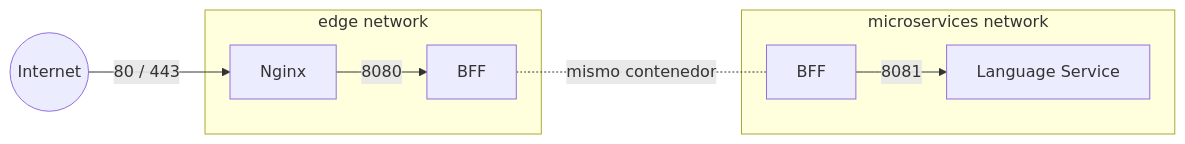
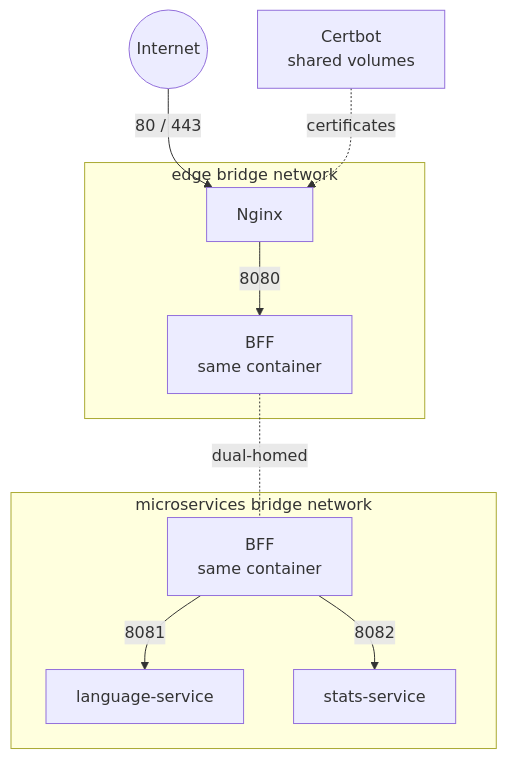
The sixth of 13 diagrams in README.md (JuanSlaterT/portfolio-arq-terraform), drawn with Mermaid before and after one commit. The commit also changed other lines of this file and 5 other files, not shown here.

Commit message:
ADDED stats service AND UPDATED readme.md

````diff
--- a/README.md
+++ b/README.md
@@ -431,19 +280,21 @@
 ```mermaid
-flowchart LR
-    INTERNET((Internet))
+flowchart TB
+    Internet((Internet))
+    subgraph Edge["edge bridge network"]
+        Nginx[Nginx]
+        BFFEdge["BFF<br/>same container"]
+    end
+    subgraph Internal["microservices bridge network"]
+        BFFInternal["BFF<br/>same container"]
+        Language[language-service]
+        Stats[stats-service]
+    end
+    Certbot["Certbot<br/>shared volumes"]
 
-    subgraph EDGE["edge network"]
-        NGINX[Nginx]
-        BFF[BFF]
-    end
-
-    subgraph INTERNAL["microservices network"]
-        BFF2[BFF]
-        LANG[Language Service]
-    end
-
-    INTERNET -->|80 / 443| NGINX
-    NGINX -->|8080| BFF
-    BFF -. mismo contenedor .- BFF2
-    BFF2 -->|8081| LANG
+    Internet -->|80 / 443| Nginx
+    Nginx -->|8080| BFFEdge
+    BFFEdge -. dual-homed .- BFFInternal
+    BFFInternal -->|8081| Language
+    BFFInternal -->|8082| Stats
+    Certbot -. certificates .-> Nginx
 ```
````
